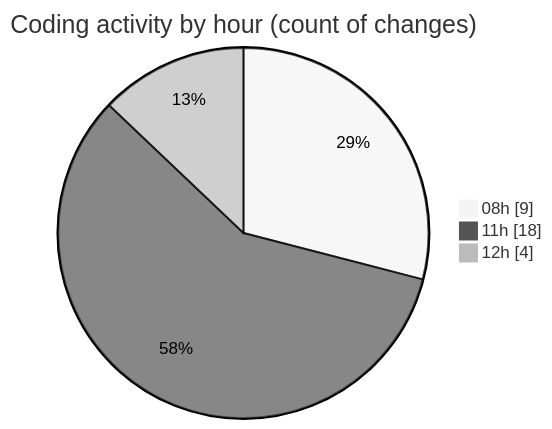
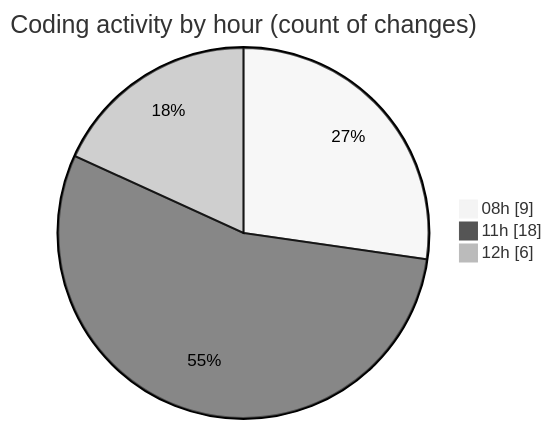
The second of 2 diagrams in 2026-04-17/cda/README.md (momahboobian/code-tracking), drawn with Mermaid (neutral theme) before and after one commit. The commit also changed other lines of this file and 1 other file, not shown here.

````diff
--- a/2026-04-17/cda/README.md
+++ b/2026-04-17/cda/README.md
@@ -46,7 +48,7 @@
 ```mermaid
 pie showData
 title Coding activity by hour (count of changes)
 "08h" : 9
 "11h" : 18
-"12h" : 4
+"12h" : 6
 ```
````
